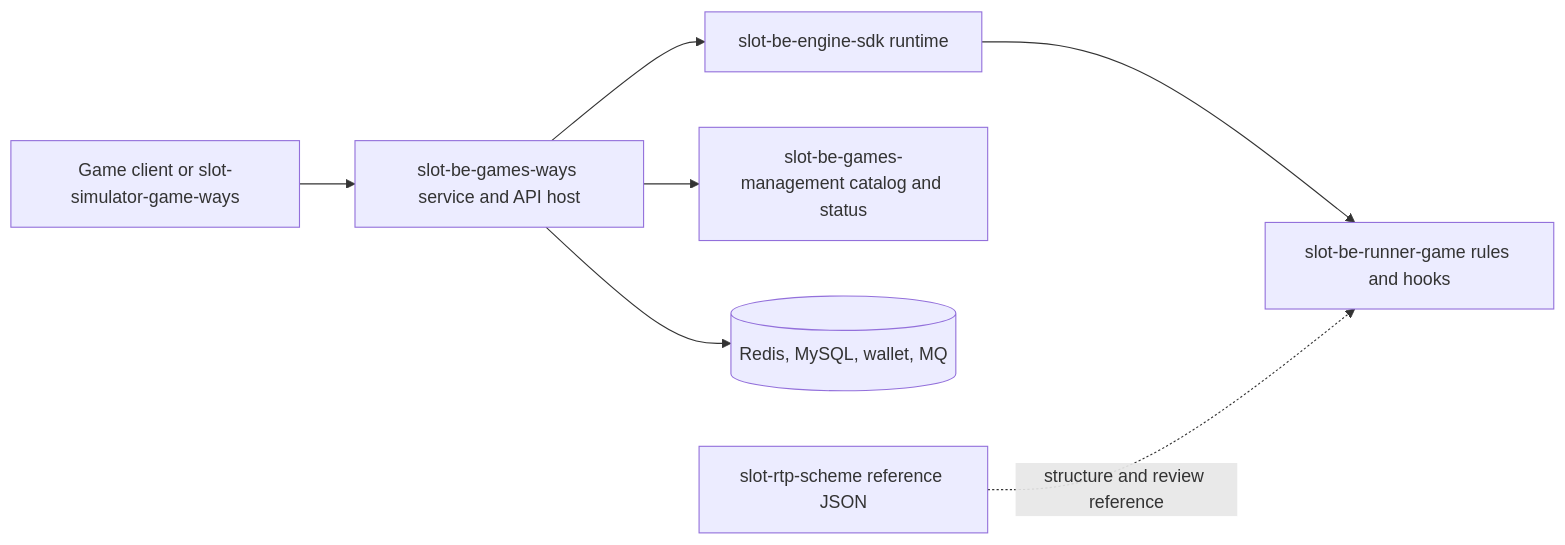
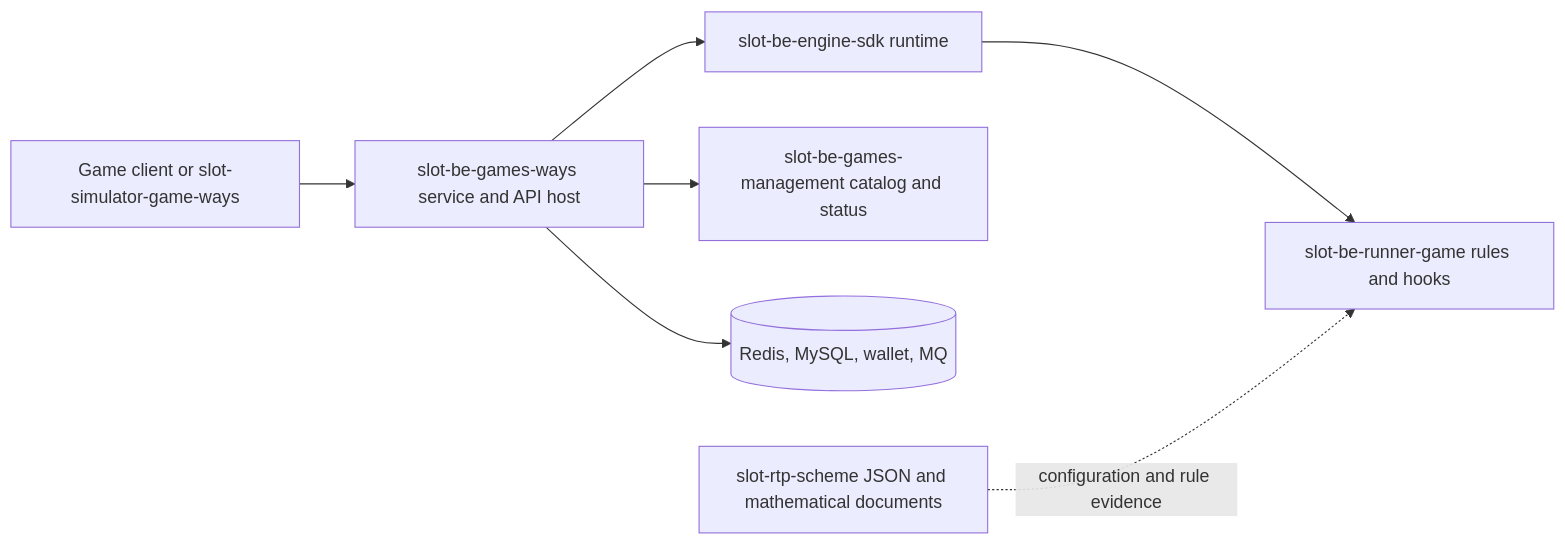
The diagram in skills/s-ser/references/server-toolchain-quick-reference.md (liang8863/sp_skills), drawn with Mermaid before and after one commit. The commit also changed other lines of this file and 20 other files, not shown here.

````diff
--- a/skills/s-ser/references/server-toolchain-quick-reference.md
+++ b/skills/s-ser/references/server-toolchain-quick-reference.md
@@ -13,9 +13,9 @@
 ```mermaid
 flowchart LR
     Client[Game client or slot-simulator-game-ways] --> Host[slot-be-games-ways service and API host]
     Host --> Engine[slot-be-engine-sdk runtime]
     Engine --> Runner[slot-be-runner-game rules and hooks]
     Host --> Management[slot-be-games-management catalog and status]
     Host --> Infra[(Redis, MySQL, wallet, MQ)]
-    Scheme[slot-rtp-scheme reference JSON] -. structure and review reference .-> Runner
+    Scheme[slot-rtp-scheme JSON and mathematical documents] -. configuration and rule evidence .-> Runner
 ```
````
